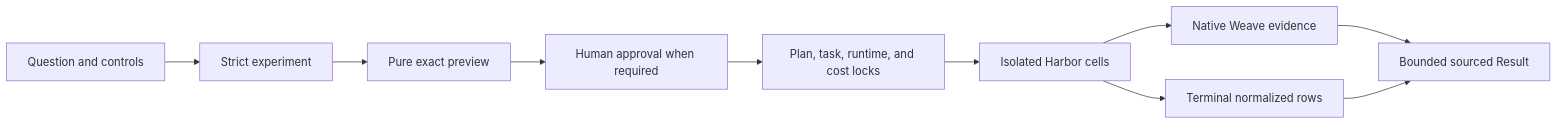
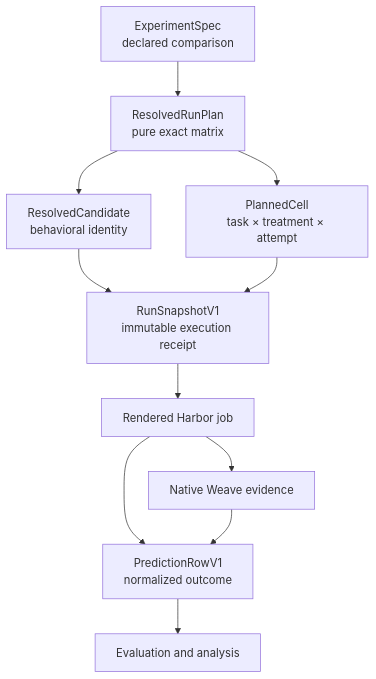
One commit to ash0ts/fugue changed the fourth of 13 diagrams in README.md. Above: the diagram before and after it, drawn with Mermaid. The commit also changed other lines of this file, not shown here.

````diff
--- a/README.md
+++ b/README.md
@@ -115,12 +174,23 @@
 ```mermaid
-flowchart LR
-    QUESTION["Question and controls"] --> SPEC["Strict experiment"]
-    SPEC --> PREVIEW["Pure exact preview"]
-    PREVIEW --> APPROVAL["Human approval when required"]
-    APPROVAL --> LOCK["Plan, task, runtime, and cost locks"]
-    LOCK --> HARBOR["Isolated Harbor cells"]
-    HARBOR --> WEAVE["Native Weave evidence"]
-    HARBOR --> ROWS["Terminal normalized rows"]
-    WEAVE --> RESULT["Bounded sourced Result"]
-    ROWS --> RESULT
+flowchart TB
+    SPEC["ExperimentSpec<br/>declared comparison"]
+    PLAN["ResolvedRunPlan<br/>pure exact matrix"]
+    CANDIDATE["ResolvedCandidate<br/>behavioral identity"]
+    CELL["PlannedCell<br/>task × treatment × attempt"]
+    SNAPSHOT["RunSnapshotV1<br/>immutable execution receipt"]
+    HARBOR["Rendered Harbor job"]
+    WEAVE["Native Weave evidence"]
+    ROW["PredictionRowV1<br/>normalized outcome"]
+    ANALYSIS["Evaluation and analysis"]
+
+    SPEC --> PLAN
+    PLAN --> CANDIDATE
+    PLAN --> CELL
+    CANDIDATE --> SNAPSHOT
+    CELL --> SNAPSHOT
+    SNAPSHOT --> HARBOR
+    HARBOR --> WEAVE
+    HARBOR --> ROW
+    WEAVE --> ROW
+    ROW --> ANALYSIS
 ```
````
